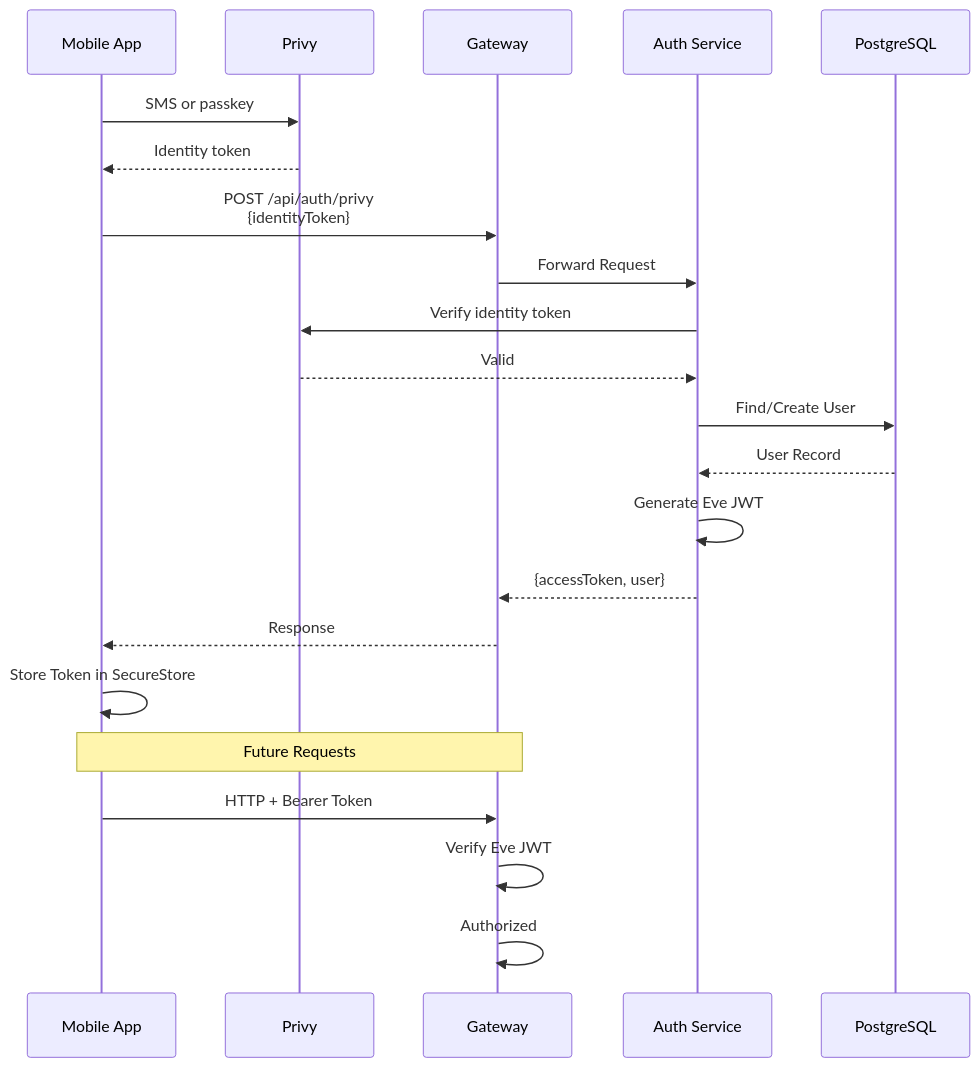
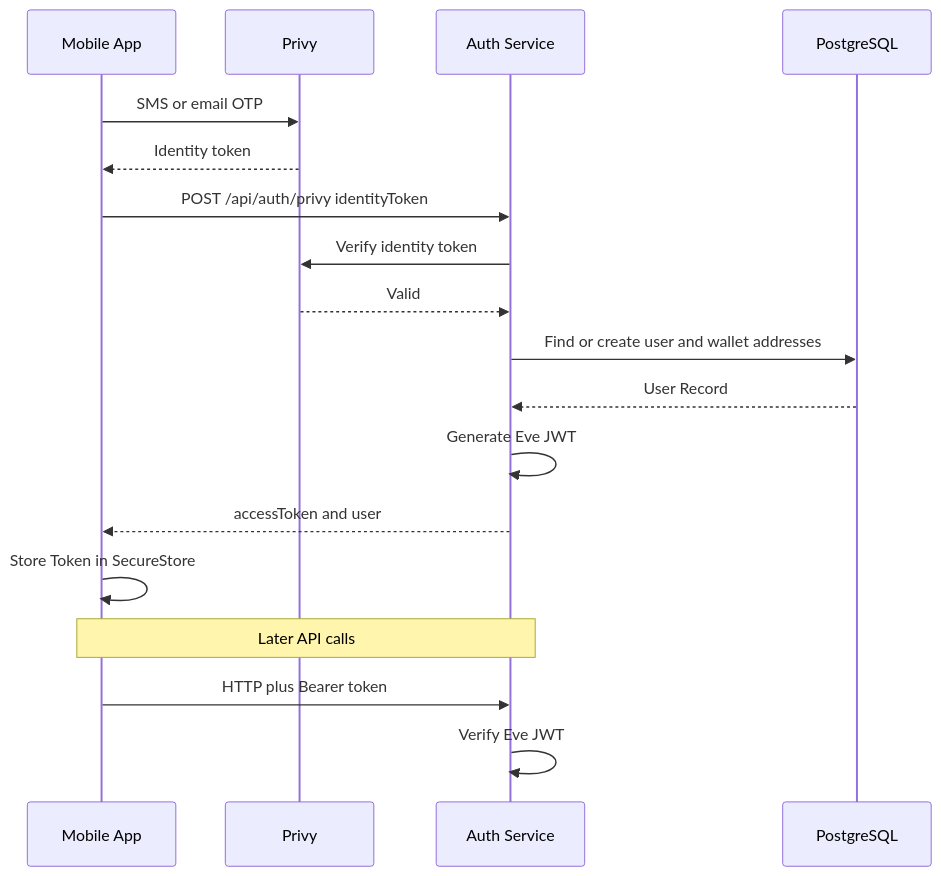
One commit to 13x54n/Eve changed the sixth of 11 diagrams in ARCHITECTURE.md. Above: the diagram before and after it, drawn with Mermaid. The commit also changed other lines of this file and 54 other files, not shown here.

````diff
--- a/ARCHITECTURE.md
+++ b/ARCHITECTURE.md
@@ -441,26 +436,22 @@
 ```mermaid
 sequenceDiagram
     participant App as Mobile App
     participant Privy
-    participant Gateway
     participant AuthSvc as Auth Service
     participant DB as PostgreSQL
 
-    App->>Privy: SMS or passkey
+    App->>Privy: SMS or email OTP
     Privy-->>App: Identity token
-    App->>Gateway: POST /api/auth/privy<br/>{identityToken}
-    Gateway->>AuthSvc: Forward Request
+    App->>AuthSvc: POST /api/auth/privy identityToken
     AuthSvc->>Privy: Verify identity token
     Privy-->>AuthSvc: Valid
-    AuthSvc->>DB: Find/Create User
+    AuthSvc->>DB: Find or create user and wallet addresses
     DB-->>AuthSvc: User Record
     AuthSvc->>AuthSvc: Generate Eve JWT
-    AuthSvc-->>Gateway: {accessToken, user}
-    Gateway-->>App: Response
+    AuthSvc-->>App: accessToken and user
     App->>App: Store Token in SecureStore
-    
-    Note over App,Gateway: Future Requests
-    App->>Gateway: HTTP + Bearer Token
-    Gateway->>Gateway: Verify Eve JWT
-    Gateway->>Gateway: Authorized
+
+    Note over App,AuthSvc: Later API calls
+    App->>AuthSvc: HTTP plus Bearer token
+    AuthSvc->>AuthSvc: Verify Eve JWT
 ```
````
